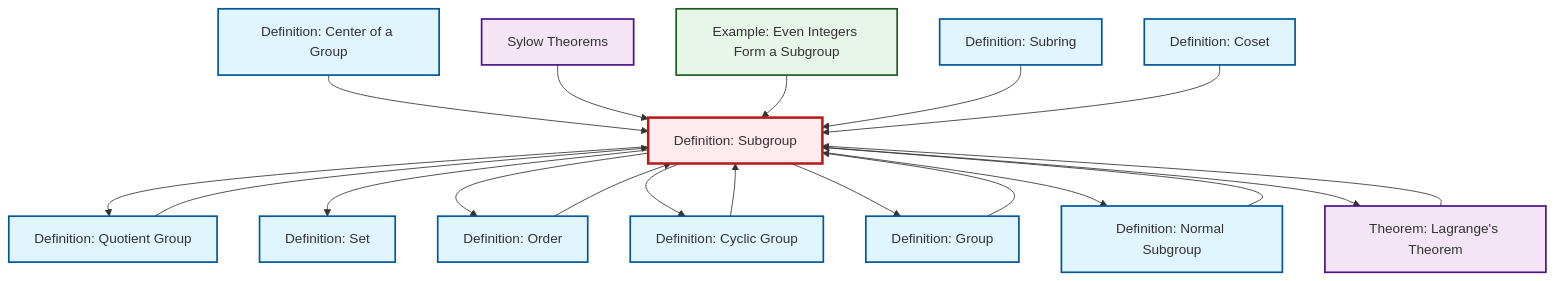
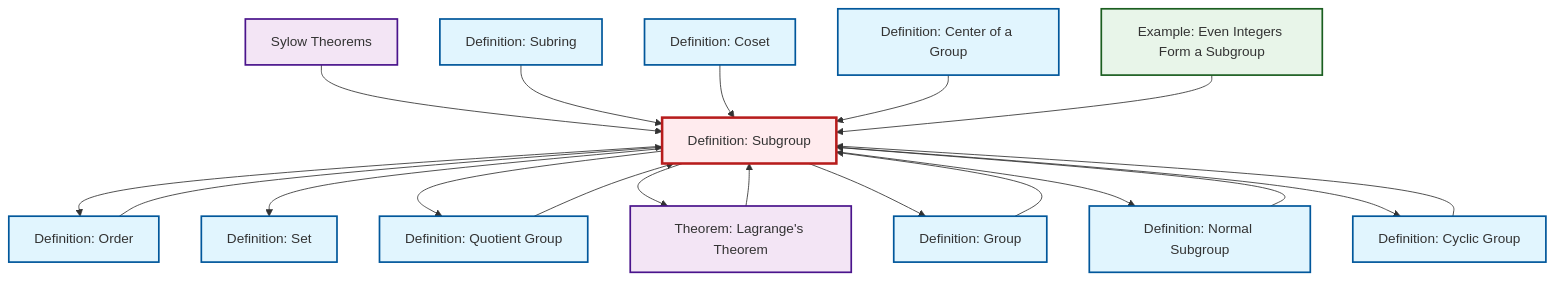
Before and after one commit to RK0429/ModernMath: the diagram in content/en/algebra/def-subgroup.qmd, drawn with Mermaid. The commit also changed other lines of this file and 328 other files, not shown here.

````diff
--- a/content/en/algebra/def-subgroup.qmd
+++ b/content/en/algebra/def-subgroup.qmd
@@ -53,53 +53,53 @@
 ```{mermaid}
 %%| fig-cap: "Local dependency graph"
 graph TD
     classDef definition fill:#e1f5fe,stroke:#01579b,stroke-width:2px
     classDef theorem fill:#f3e5f5,stroke:#4a148c,stroke-width:2px
     classDef axiom fill:#fff3e0,stroke:#e65100,stroke-width:2px
     classDef example fill:#e8f5e9,stroke:#1b5e20,stroke-width:2px
     classDef current fill:#ffebee,stroke:#b71c1c,stroke-width:3px
+    def-coset["Definition: Coset"]:::definition
+    def-normal-subgroup["Definition: Normal Subgroup"]:::definition
+    def-order["Definition: Order"]:::definition
+    def-cyclic-group["Definition: Cyclic Group"]:::definition
     def-subgroup["Definition: Subgroup"]:::definition
-    def-normal-subgroup["Definition: Normal Subgroup"]:::definition
-    def-cyclic-group["Definition: Cyclic Group"]:::definition
+    ex-even-integers-subgroup["Example: Even Integers Form a Subgroup"]:::example
+    thm-lagrange["Theorem: Lagrange's Theorem"]:::theorem
     def-set["Definition: Set"]:::definition
-    def-coset["Definition: Coset"]:::definition
-    def-order["Definition: Order"]:::definition
+    def-group["Definition: Group"]:::definition
+    def-center-of-group["Definition: Center of a Group"]:::definition
+    def-subring["Definition: Subring"]:::definition
     def-quotient-group["Definition: Quotient Group"]:::definition
-    def-subring["Definition: Subring"]:::definition
-    def-group["Definition: Group"]:::definition
-    thm-lagrange["Theorem: Lagrange's Theorem"]:::theorem
-    def-center-of-group["Definition: Center of a Group"]:::definition
     thm-sylow["Sylow Theorems"]:::theorem
-    ex-even-integers-subgroup["Example: Even Integers Form a Subgroup"]:::example
-    thm-lagrange --> def-subgroup
-    def-quotient-group --> def-subgroup
-    def-subgroup --> def-quotient-group
-    def-subgroup --> def-set
-    def-center-of-group --> def-subgroup
+    def-subgroup --> def-order
     thm-sylow --> def-subgroup
-    def-subgroup --> def-order
-    ex-even-integers-subgroup --> def-subgroup
-    def-order --> def-subgroup
-    def-normal-subgroup --> def-subgroup
-    def-subgroup --> def-cyclic-group
     def-cyclic-group --> def-subgroup
     def-subring --> def-subgroup
+    thm-lagrange --> def-subgroup
     def-coset --> def-subgroup
+    def-subgroup --> def-set
+    def-subgroup --> def-quotient-group
+    def-subgroup --> thm-lagrange
+    def-center-of-group --> def-subgroup
     def-subgroup --> def-group
+    def-normal-subgroup --> def-subgroup
+    def-order --> def-subgroup
+    def-quotient-group --> def-subgroup
     def-subgroup --> def-normal-subgroup
     def-group --> def-subgroup
-    def-subgroup --> thm-lagrange
+    def-subgroup --> def-cyclic-group
+    ex-even-integers-subgroup --> def-subgroup
     class def-subgroup current
+    click def-coset "def-coset.html" "Go to Coset definition"
     click def-normal-subgroup "def-normal-subgroup.html" "Go to Normal Subgroup definition"
+    click def-order "def-order.html" "Go to Order definition"
     click def-cyclic-group "def-cyclic-group.html" "Go to Cyclic Group definition"
+    click ex-even-integers-subgroup "ex-even-integers-subgroup.html" "Go to Even Integers Form a Subgroup example"
+    click thm-lagrange "thm-lagrange.html" "Go to Lagrange's Theorem theorem"
     click def-set "def-set.html" "Go to Set definition"
-    click def-coset "def-coset.html" "Go to Coset definition"
-    click def-order "def-order.html" "Go to Order definition"
+    click def-group "def-group.html" "Go to Group definition"
+    click def-center-of-group "def-center-of-group.html" "Go to Center of a Group definition"
+    click def-subring "def-subring.html" "Go to Subring definition"
     click def-quotient-group "def-quotient-group.html" "Go to Quotient Group definition"
-    click def-subring "def-subring.html" "Go to Subring definition"
-    click def-group "def-group.html" "Go to Group definition"
-    click thm-lagrange "thm-lagrange.html" "Go to Lagrange's Theorem theorem"
-    click def-center-of-group "def-center-of-group.html" "Go to Center of a Group definition"
     click thm-sylow "thm-sylow.html" "Go to Sylow Theorems"
-    click ex-even-integers-subgroup "ex-even-integers-subgroup.html" "Go to Even Integers Form a Subgroup example"
 ```
````
